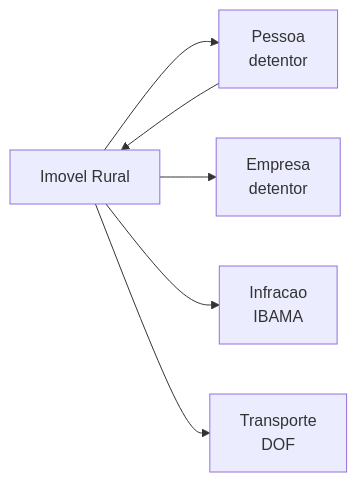
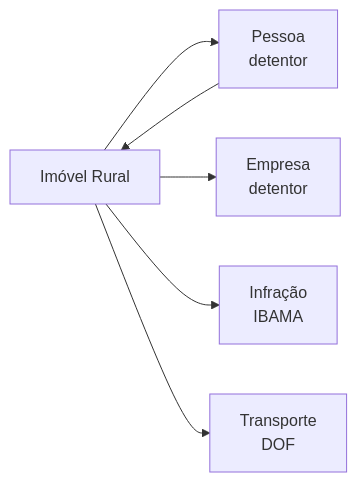
The diagram in entidades/propriedade-rural.mdx (Sherlocker-LTDA/docs), drawn with Mermaid before and after one commit. The commit also changed other lines of this file and 34 other files, not shown here.

````diff
--- a/entidades/propriedade-rural.mdx
+++ b/entidades/propriedade-rural.mdx
@@ -52,8 +52,8 @@
 ```mermaid
 graph LR
-  IR[Imovel Rural] --> P[Pessoa<br/>detentor]
+  IR[Imóvel Rural] --> P[Pessoa<br/>detentor]
   IR --> E[Empresa<br/>detentor]
-  IR --> F[Infracao<br/>IBAMA]
+  IR --> F[Infração<br/>IBAMA]
   IR --> T[Transporte<br/>DOF]
   P --> IR
 ```
````
